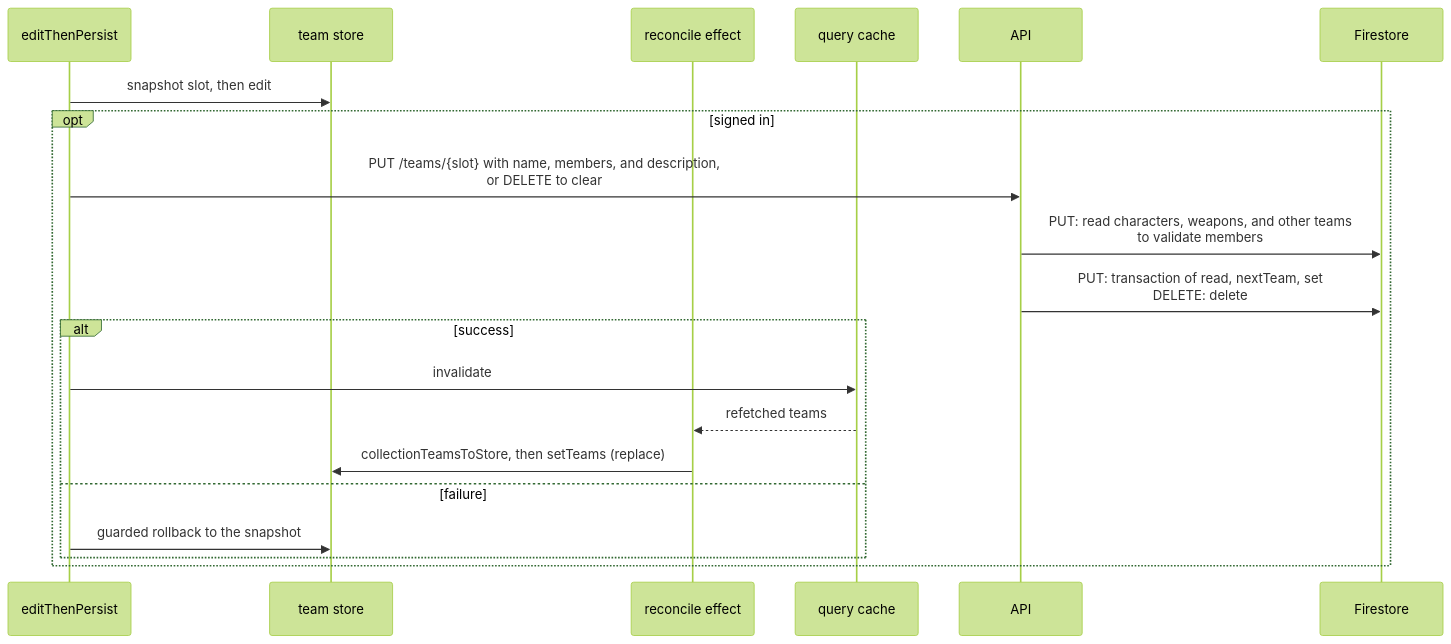
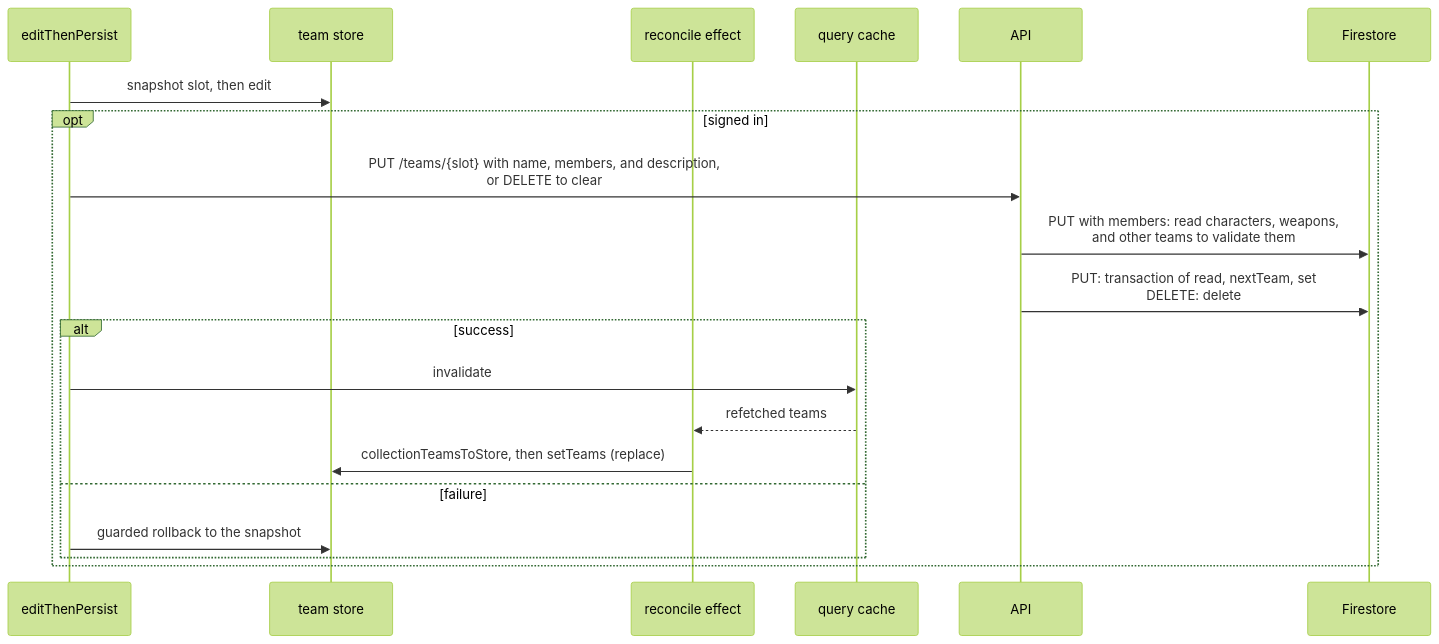
Before and after one commit to dungeon-studio/genshin.dungeon.studio: the third of 4 diagrams in docs/reference/data-flow-write-paths.md, drawn with Mermaid (forest theme). The commit also changed other lines of this file and 4 other files, not shown here.

First line of the commit message:
docs: fact-check data flow pages after merging develop

````diff
--- a/docs/reference/data-flow-write-paths.md
+++ b/docs/reference/data-flow-write-paths.md
@@ -127,23 +130,23 @@
 ```mermaid
 sequenceDiagram
   participant Hook as editThenPersist
   participant Store as team store
   participant Reconcile as reconcile effect
   participant Cache as query cache
   participant API as API
   participant FS as Firestore
 
   Hook->>Store: snapshot slot, then edit
   opt signed in
     Hook->>API: PUT /teams/{slot} with name, members, and description,<br>or DELETE to clear
-    API->>FS: PUT: read characters, weapons, and other teams<br>to validate members
+    API->>FS: PUT with members: read characters, weapons,<br>and other teams to validate them
     API->>FS: PUT: transaction of read, nextTeam, set<br>DELETE: delete
     alt success
       Hook->>Cache: invalidate
       Cache-->>Reconcile: refetched teams
       Reconcile->>Store: collectionTeamsToStore, then setTeams (replace)
     else failure
       Hook->>Store: guarded rollback to the snapshot
     end
   end
 ```
````
